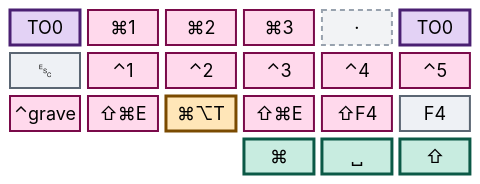
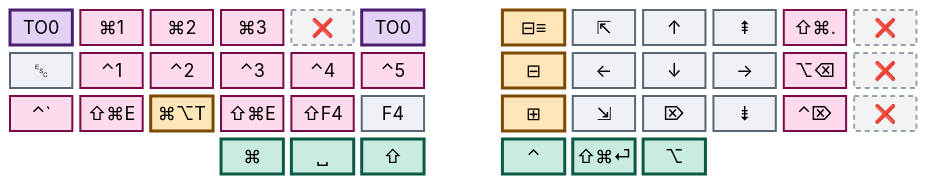
The third of 6 diagrams in README.md (abloch/zmk-corne), drawn with Mermaid before and after one commit. The commit also changed other lines of this file, not shown here.

First line of the commit message:
Redraw the README layer maps as single side-by-side diagrams

````diff
--- a/README.md
+++ b/README.md
@@ -172,24 +128,24 @@
 ```mermaid
 %%{init: {'theme':'base','themeVariables':{'primaryColor':'#eef1f5','primaryTextColor':'#0b0f14','primaryBorderColor':'#5b6673','nodeTextColor':'#0b0f14','textColor':'#0b0f14','mainBkg':'#eef1f5','fontSize':'18px'}}}%%
 block
-columns 6
+columns 13
 
-  to0["TO0"] g1["⌘1"] g2["⌘2"] g3["⌘3"] xa["·"] to0b["TO0"]
-  esc["␛"] c1["⌃1"] c2["⌃2"] c3["⌃3"] c4["⌃4"] c5["⌃5"]
-  cgr["⌃grave"] e1["⇧⌘E"] gat["⌘⌥T"] e2["⇧⌘E"] sf4["⇧F4"] f4["F4"]
-  space:3 cmd["⌘"] spc["␣"] sft["⇧"]
+  to0["TO0"] g1["⌘1"] g2["⌘2"] g3["⌘3"] x1["❌"] t0b["TO0"] space fa["⊟≡"] hom["⇱"] up["↑"] pgu["⇞"] emj["⇧⌘."] x2["❌"]
+  esc["␛"] c1["⌃1"] c2["⌃2"] c3["⌃3"] c4["⌃4"] c5["⌃5"] space fo["⊟"] lft["←"] dn["↓"] rgt["→"] abs["⌥⌫"] x3["❌"]
+  cgr["⌃` "] e1["⇧⌘E"] gat["⌘⌥T"] e2["⇧⌘E"] sf4["⇧F4"] f4["F4"] space uf["⊞"] endk["⇲"] del["⌦"] pgd["⇟"] cdl["⌃⌦"] x4["❌"]
+  space:3 cmd["⌘"] spc["␣"] sft["⇧"] space ctl["⌃"] sen["⇧⌘⏎"] alt["⌥"] space:3
 
   classDef chord fill:#ffd9ec,stroke:#7a0a4a,stroke-width:2px,color:#3a0523
   classDef macro fill:#ffe6b8,stroke:#7a4a00,stroke-width:3px,color:#3a2200
   classDef layerk fill:#e3d2f5,stroke:#4a1f72,stroke-width:3px,color:#240c39
   classDef core fill:#eef1f5,stroke:#5b6673,stroke-width:2px,color:#0b0f14
   classDef thumb fill:#c8ece0,stroke:#0b5946,stroke-width:3px,color:#06241c
   classDef dead fill:#f2f3f5,stroke:#98a2ae,stroke-width:2px,stroke-dasharray:5 4,color:#5b6673
 
-  class g1,g2,g3,c1,c2,c3,c4,c5,cgr,e1,e2,sf4 chord
-  class gat macro
-  class to0,to0b layerk
-  class esc,f4 core
-  class cmd,spc,sft thumb
-  class xa dead
+  class g1,g2,g3,c1,c2,c3,c4,c5,cgr,e1,e2,sf4,emj,abs,cdl chord
+  class gat,fa,fo,uf macro
+  class to0,t0b layerk
+  class esc,f4,hom,up,pgu,lft,dn,rgt,endk,del,pgd core
+  class cmd,spc,sft,ctl,sen,alt thumb
+  class x1,x2,x3,x4 dead
 ```
````
